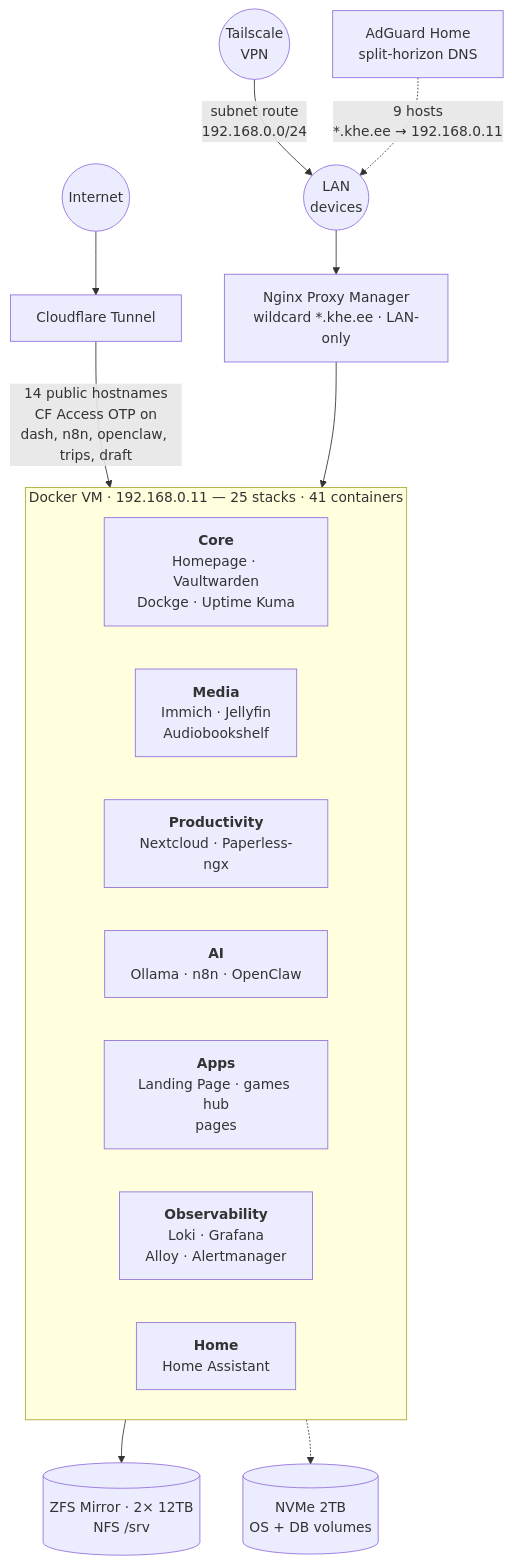
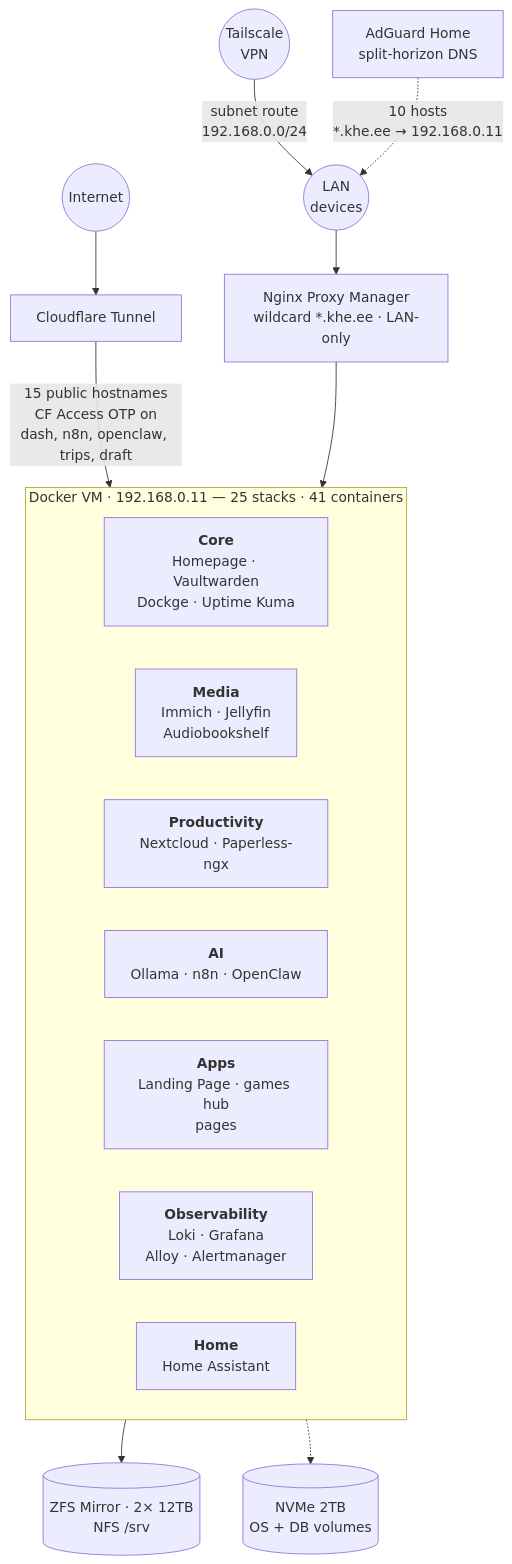
One commit to khelias/khe-homelab changed the diagram in README.md. Above: the diagram before and after it, drawn with Mermaid. The commit also changed other lines of this file and 5 other files, not shown here.

````diff
--- a/README.md
+++ b/README.md
@@ -7,28 +7,28 @@
 ```mermaid
 graph TB
     Internet((Internet))
     VPN((Tailscale<br/>VPN))
     LAN((LAN<br/>devices))
 
     Internet --> CF[Cloudflare Tunnel]
     VPN -->|subnet route<br/>192.168.0.0/24| LAN
-    AG[AdGuard Home<br/>split-horizon DNS] -.->|9 hosts<br/>*.khe.ee → 192.168.0.11| LAN
+    AG[AdGuard Home<br/>split-horizon DNS] -.->|10 hosts<br/>*.khe.ee → 192.168.0.11| LAN
     LAN --> NPM[Nginx Proxy Manager<br/>wildcard *.khe.ee · LAN-only]
 
-    CF -->|14 public hostnames<br/>CF Access OTP on<br/>dash, n8n, openclaw, trips, draft| DVM
+    CF -->|15 public hostnames<br/>CF Access OTP on<br/>dash, n8n, openclaw, trips, draft| DVM
     NPM --> DVM
 
     subgraph DVM[Docker VM · 192.168.0.11 — 25 stacks · 41 containers]
         direction LR
         Core["<b>Core</b><br/>Homepage · Vaultwarden<br/>Dockge · Uptime Kuma"]
         Media["<b>Media</b><br/>Immich · Jellyfin<br/>Audiobookshelf"]
         Prod["<b>Productivity</b><br/>Nextcloud · Paperless-ngx"]
         AI["<b>AI</b><br/>Ollama · n8n · OpenClaw"]
         Apps["<b>Apps</b><br/>Landing Page · games hub<br/>pages"]
         Obs["<b>Observability</b><br/>Loki · Grafana<br/>Alloy · Alertmanager"]
         Home["<b>Home</b><br/>Home Assistant"]
     end
 
     DVM --> HDD[(ZFS Mirror · 2× 12TB<br/>NFS /srv)]
     DVM -.-> NVMe[(NVMe 2TB<br/>OS + DB volumes)]
 ```
````
